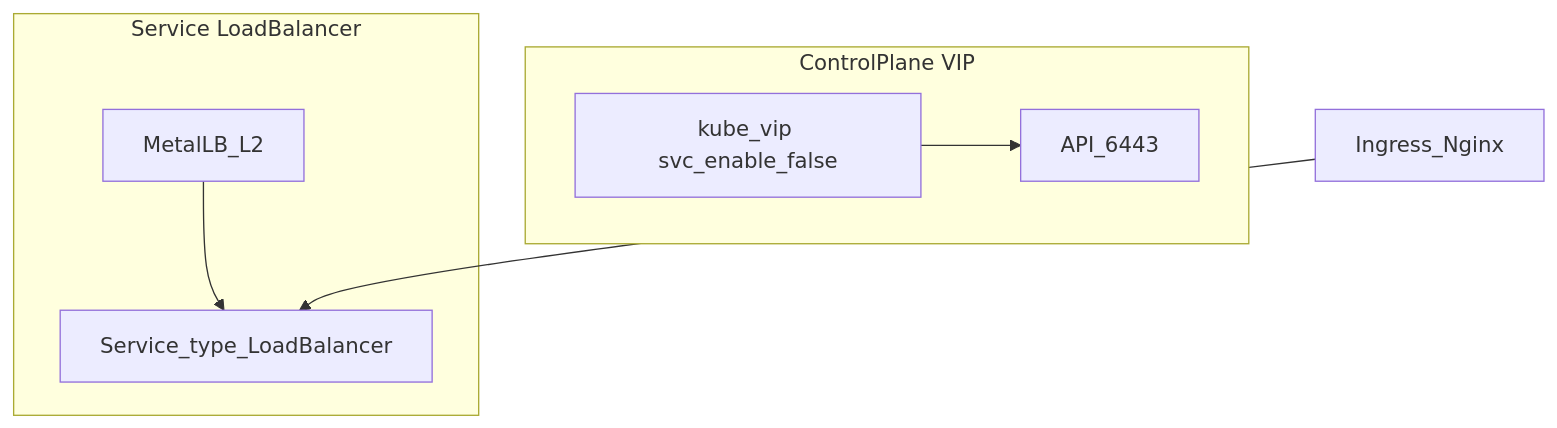
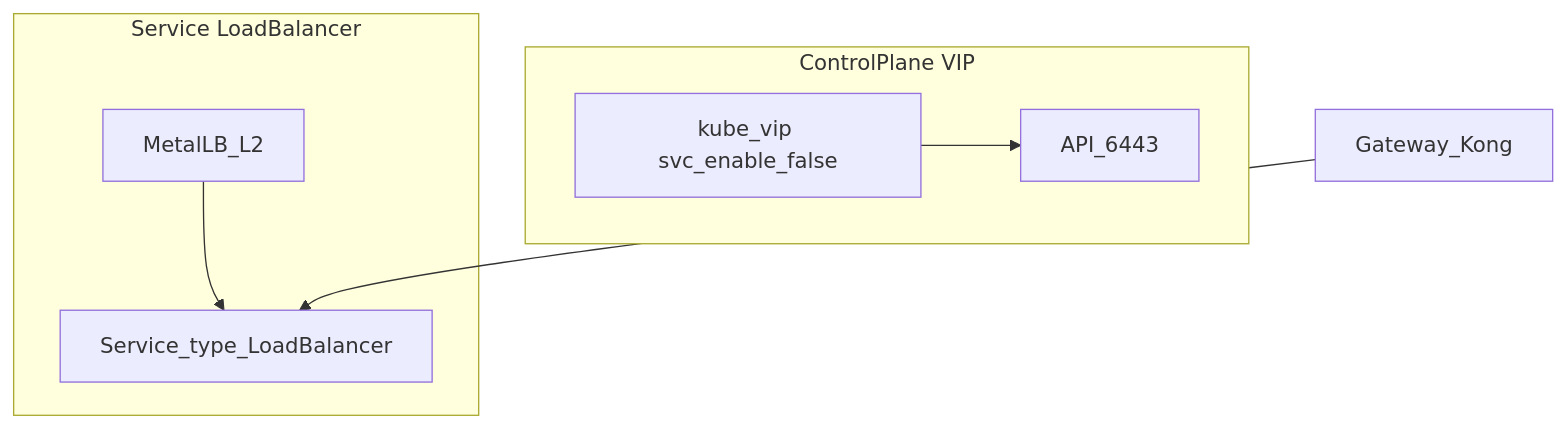
The second of 2 diagrams in docs/k3s/playbook-options.md (symintel/homelab), drawn with Mermaid before and after one commit. The commit also changed other lines of this file and 38 other files, not shown here.

````diff
--- a/docs/k3s/playbook-options.md
+++ b/docs/k3s/playbook-options.md
@@ -238,14 +239,14 @@
 ```mermaid
 flowchart TB
   subgraph cp_vip [ControlPlane VIP]
     kubeVip[kube_vip svc_enable_false]
     apiServer[API_6443]
     kubeVip --> apiServer
   end
   subgraph svc_lb [Service LoadBalancer]
     metalLB[MetalLB_L2]
     svcLB[Service_type_LoadBalancer]
     metalLB --> svcLB
   end
-  ingress[Ingress_Nginx] --> svcLB
+  gateway[Gateway_Kong] --> svcLB
 ```
````
